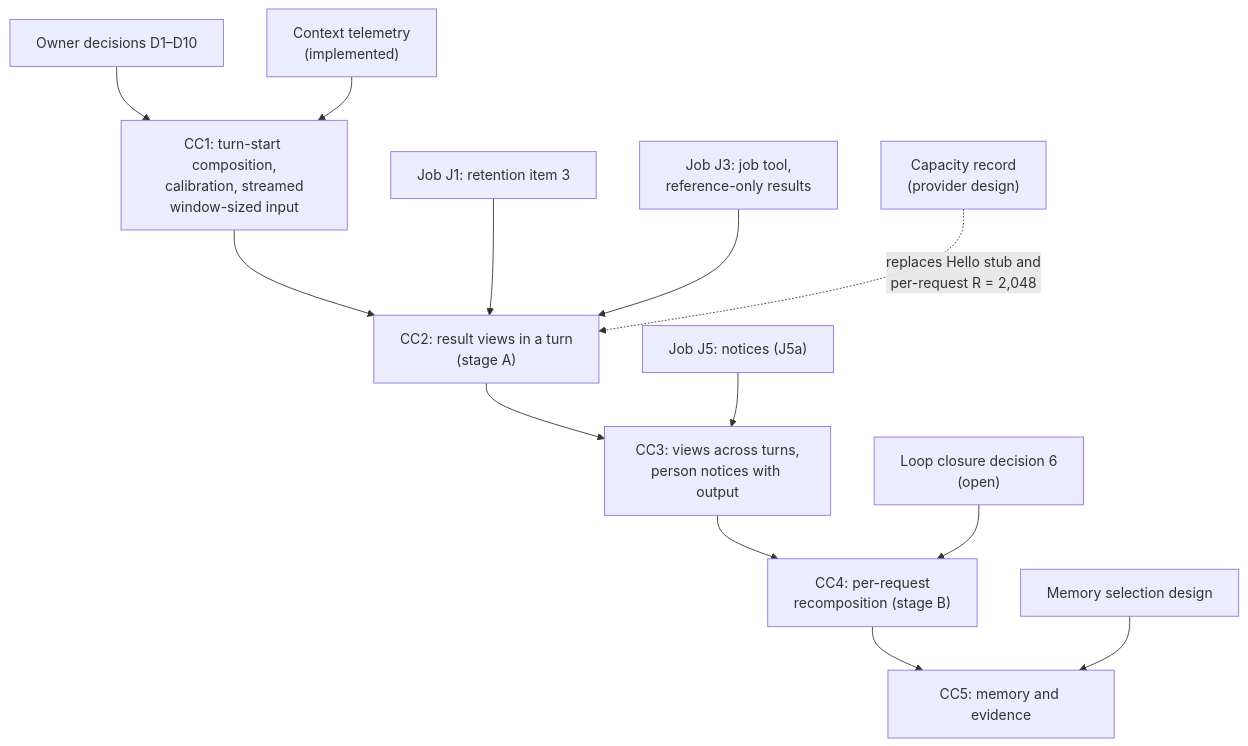
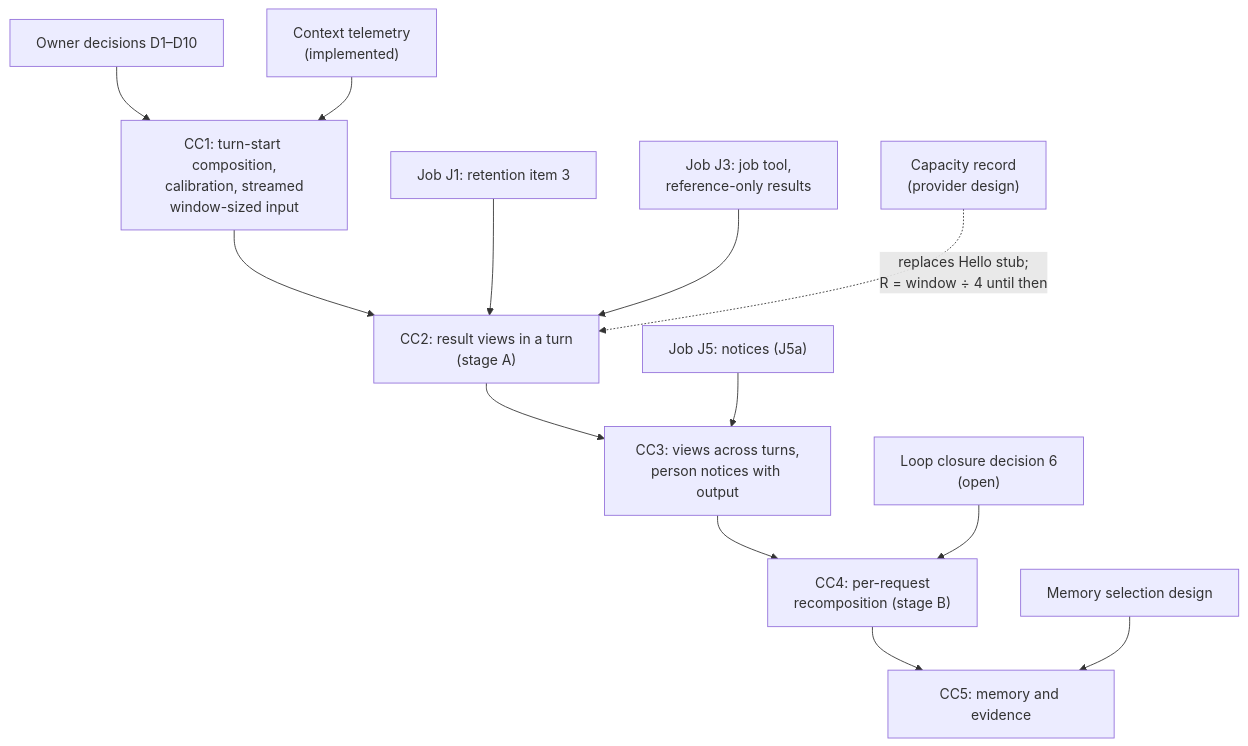
One commit to pidster/asura changed the seventh of 7 diagrams in docs/designs/context-composer.md. Above: the diagram before and after it, drawn with Mermaid. The commit also changed other lines of this file and 41 other files, not shown here.

````diff
--- a/docs/designs/context-composer.md
+++ b/docs/designs/context-composer.md
@@ -875,15 +910,15 @@
 ```mermaid
 flowchart TD
     Dec["Owner decisions D1–D10"] --> CC1["CC1: turn-start composition,<br/>calibration, streamed<br/>window-sized input"]
     Tel["Context telemetry<br/>(implemented)"] --> CC1
     CC1 --> CC2["CC2: result views in a turn<br/>(stage A)"]
     J1["Job J1: retention item 3"] --> CC2
     J3["Job J3: job tool,<br/>reference-only results"] --> CC2
     CC2 --> CC3["CC3: views across turns,<br/>person notices with output"]
     J5["Job J5: notices (J5a)"] --> CC3
     CC3 --> CC4["CC4: per-request<br/>recomposition (stage B)"]
     LC6["Loop closure decision 6<br/>(open)"] --> CC4
     CC4 --> CC5["CC5: memory and evidence"]
     Sel["Memory selection design"] --> CC5
-    CapRec["Capacity record<br/>(provider design)"] -.->|"replaces Hello stub and<br/>per-request R = 2,048"| CC2
+    CapRec["Capacity record<br/>(provider design)"] -.->|"replaces Hello stub;<br/>R = window ÷ 4 until then"| CC2
 ```
````
